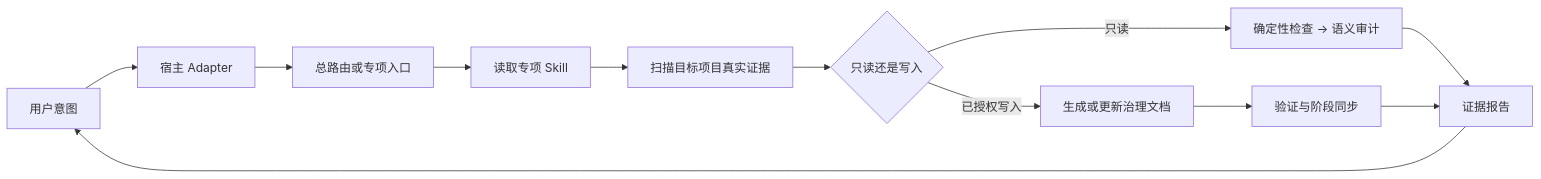
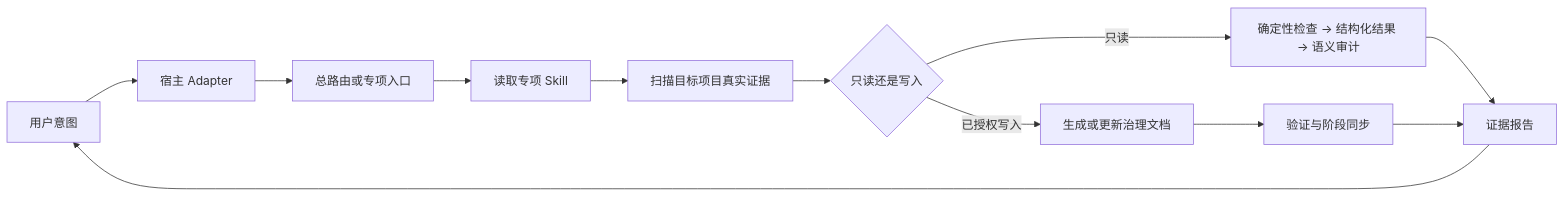
Before and after one commit to Seekers2001/docs-governance: the second of 2 diagrams in ARCHITECTURE.md, drawn with Mermaid. The commit also changed other lines of this file and 21 other files, not shown here.

````diff
--- a/ARCHITECTURE.md
+++ b/ARCHITECTURE.md
@@ -39,14 +41,14 @@
 ```mermaid
 flowchart LR
     USER["用户意图"] --> HOST["宿主 Adapter"]
     HOST --> ROUTE["总路由或专项入口"]
     ROUTE --> METHOD["读取专项 Skill"]
     METHOD --> SCAN["扫描目标项目真实证据"]
     SCAN --> MODE{"只读还是写入"}
-    MODE -->|只读| AUDIT["确定性检查 → 语义审计"]
+    MODE -->|只读| AUDIT["确定性检查 → 结构化结果 → 语义审计"]
     MODE -->|已授权写入| DOCS["生成或更新治理文档"]
     DOCS --> VERIFY["验证与阶段同步"]
     AUDIT --> REPORT["证据报告"]
     VERIFY --> REPORT
     REPORT --> USER
 ```
````
